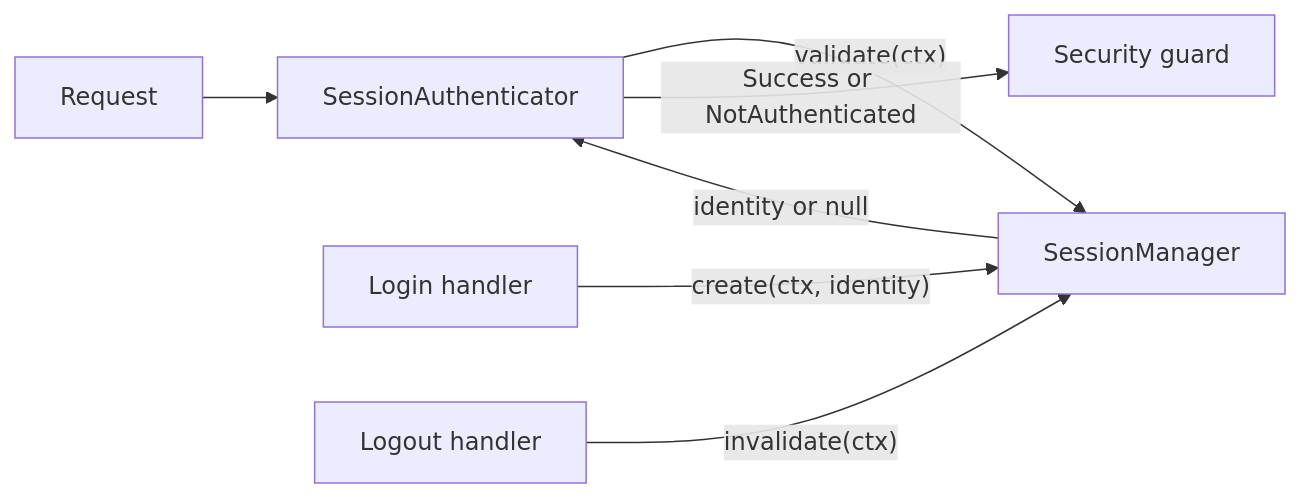
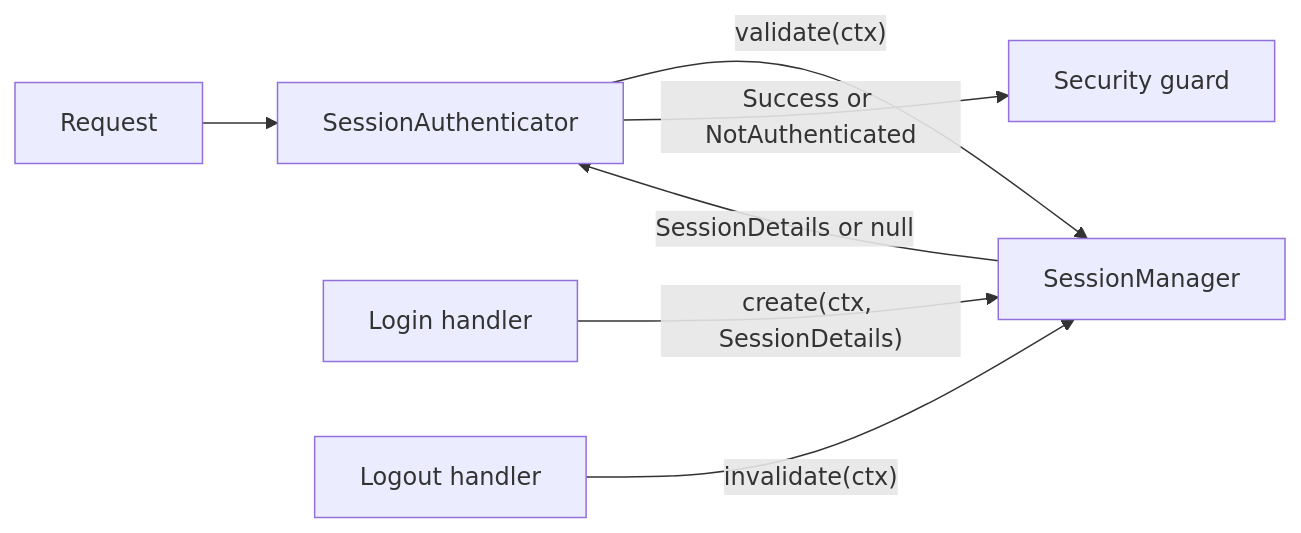
The diagram in docs/content/extensions/session.md (mzlnk/javalin-security), drawn with Mermaid before and after one commit. The commit also changed other lines of this file and 63 other files, not shown here.

````diff
--- a/docs/content/extensions/session.md
+++ b/docs/content/extensions/session.md
@@ -25,9 +26,9 @@
 ```mermaid
 flowchart LR
     Request --> Authenticator[SessionAuthenticator]
     Authenticator -- "validate(ctx)" --> Manager[SessionManager]
-    Login[Login handler] -- "create(ctx, identity)" --> Manager
+    Login[Login handler] -- "create(ctx, SessionDetails)" --> Manager
     Logout[Logout handler] -- "invalidate(ctx)" --> Manager
-    Manager -- "identity or null" --> Authenticator
+    Manager -- "SessionDetails or null" --> Authenticator
     Authenticator -- Success or NotAuthenticated --> Guard[Security guard]
 ```
````
